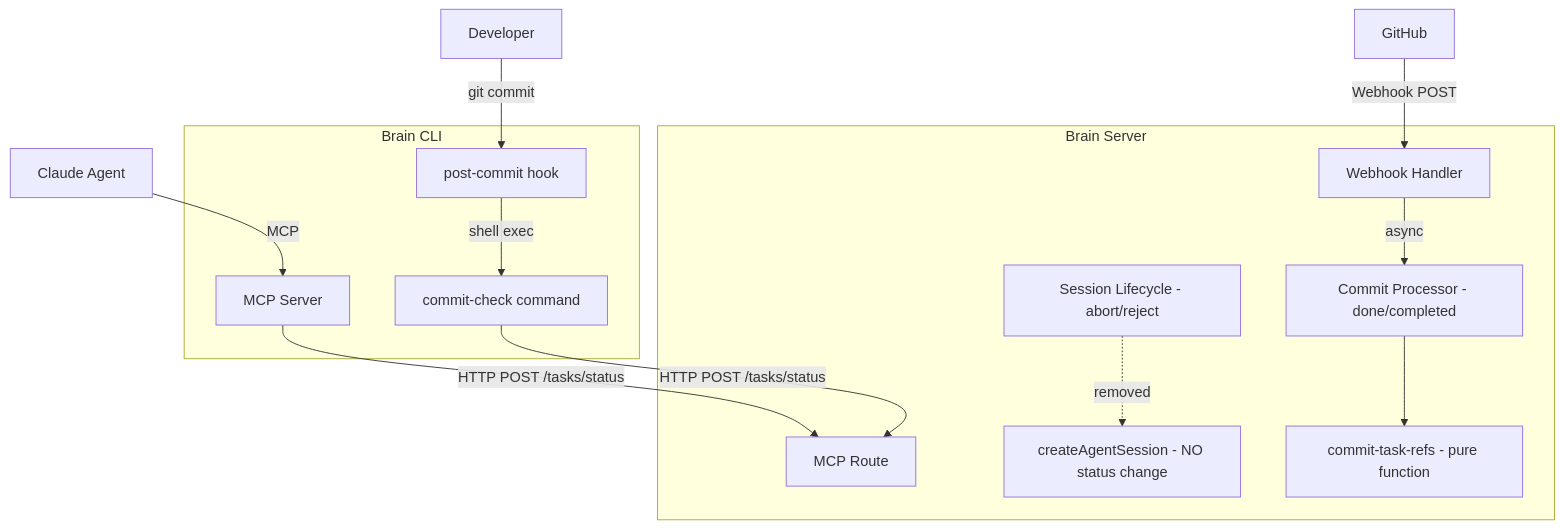
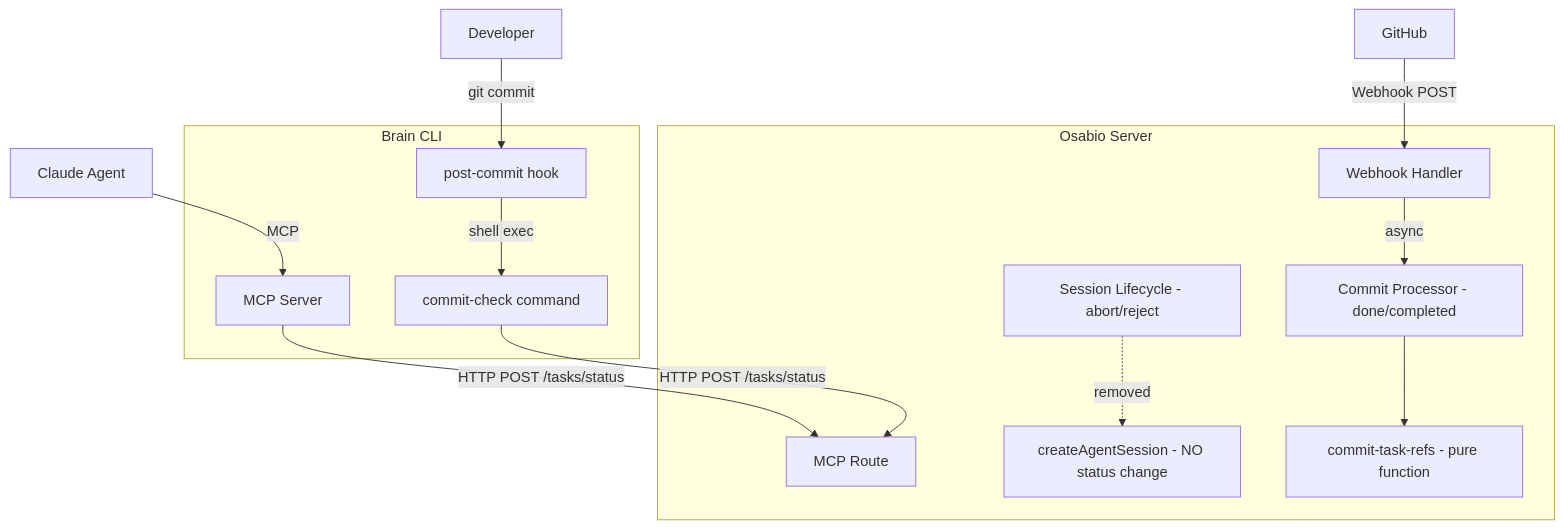
The third of 3 diagrams in docs/design/task-status-ownership/architecture.md (marcus-sa/osabio), drawn with Mermaid before and after one commit. The commit also changed other lines of this file and 525 other files, not shown here.

First line of the commit message:
refactor: rename brain to osabio (#203)

````diff
--- a/docs/design/task-status-ownership/architecture.md
+++ b/docs/design/task-status-ownership/architecture.md
@@ -64,31 +64,31 @@
 ```mermaid
 graph TB
     claude[Claude Agent]
     github[GitHub]
     dev[Developer]
 
     subgraph cli_boundary [Brain CLI]
         post_commit_hook[post-commit hook]
         commit_check[commit-check command]
         mcp_server[MCP Server]
     end
 
-    subgraph server_boundary [Brain Server]
+    subgraph server_boundary [Osabio Server]
         mcp_route[MCP Route]
         session_lifecycle[Session Lifecycle - abort/reject]
         create_session[createAgentSession - NO status change]
         webhook_handler[Webhook Handler]
         commit_processor[Commit Processor - done/completed]
         task_ref_parser[commit-task-refs - pure function]
     end
 
     claude -->|MCP| mcp_server
     mcp_server -->|HTTP POST /tasks/status| mcp_route
     dev -->|git commit| post_commit_hook
     post_commit_hook -->|shell exec| commit_check
     commit_check -->|HTTP POST /tasks/status| mcp_route
     github -->|Webhook POST| webhook_handler
     webhook_handler -->|async| commit_processor
     commit_processor --> task_ref_parser
     session_lifecycle -.->|removed| create_session
 ```
````
